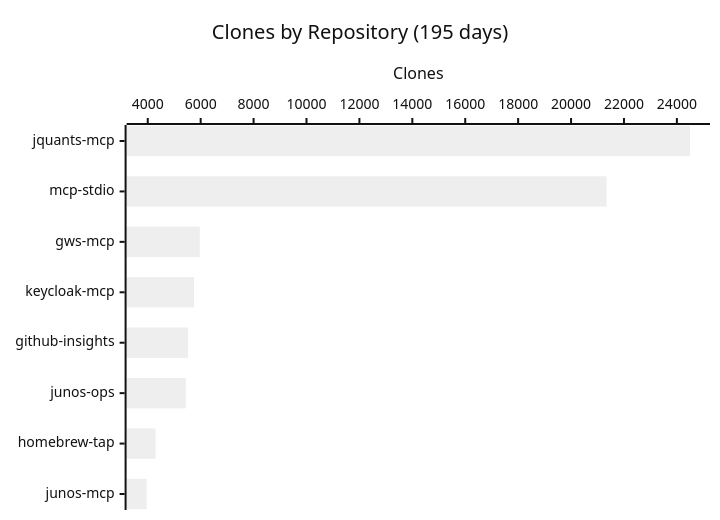
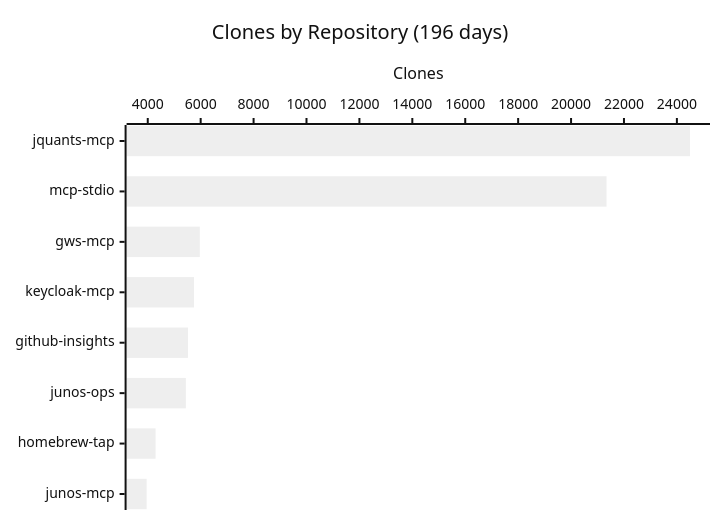
The fourth of 4 diagrams in README.md (shigechika/github-insights), drawn with Mermaid (neutral theme) before and after one commit. The commit also changed other lines of this file and 2 other files, not shown here.

````diff
--- a/README.md
+++ b/README.md
@@ -58,7 +58,7 @@
 ```mermaid
 xychart-beta horizontal
-    title "Clones by Repository (195 days)"
+    title "Clones by Repository (196 days)"
     x-axis ["jquants-mcp", "mcp-stdio", "gws-mcp", "keycloak-mcp", "github-insights", "junos-ops", "homebrew-tap", "junos-mcp"]
     y-axis "Clones"
     bar [24495, 21341, 5968, 5747, 5519, 5440, 4295, 3957]
 ```
````
